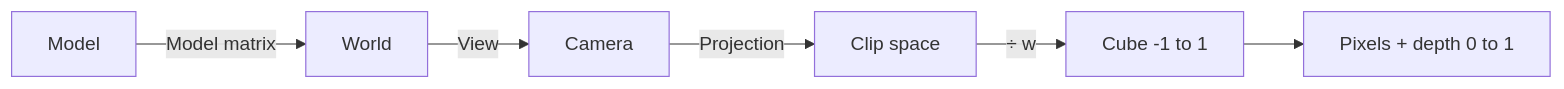
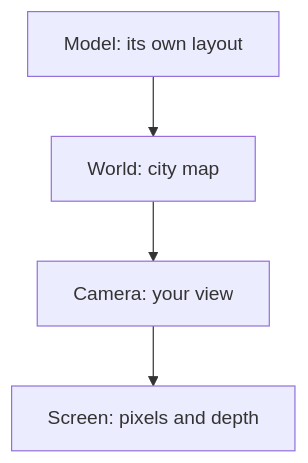
The first of 3 diagrams in kern/docs/book-yellow/B-rendering.md (ChristianHohlfeld/kernengine.de), drawn with Mermaid before and after one commit. The commit also changed other lines of this file and 22 other files, not shown here.

````diff
--- a/kern/docs/book-yellow/B-rendering.md
+++ b/kern/docs/book-yellow/B-rendering.md
@@ -18,8 +37,7 @@
 ```mermaid
-flowchart LR
-  M["Model"] -->|"Model matrix"| W["World"]
-  W -->|"View"| K["Camera"]
-  K -->|"Projection"| C["Clip space"]
-  C -->|"÷ w"| N["Cube -1 to 1"]
-  N --> S["Pixels + depth 0 to 1"]
+%% Caption: One point in four spaces: model to screen
+flowchart TB
+  M["Model: its own layout"] --> W["World: city map"]
+  W --> K["Camera: your view"]
+  K --> S["Screen: pixels and depth"]
 ```
````
